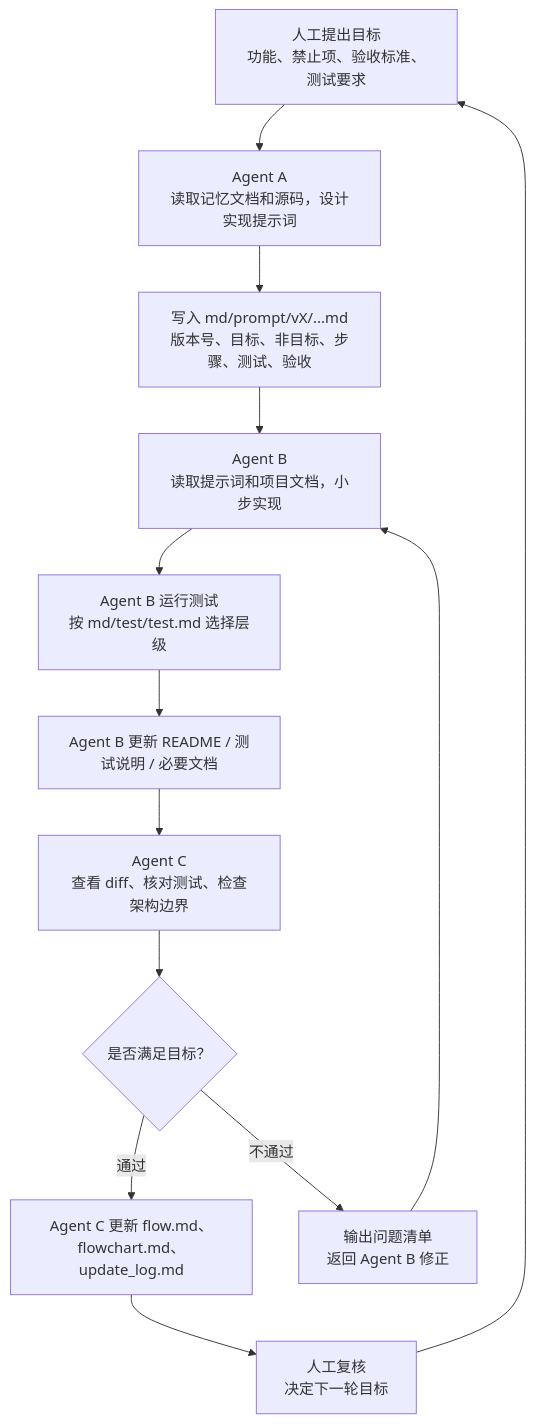
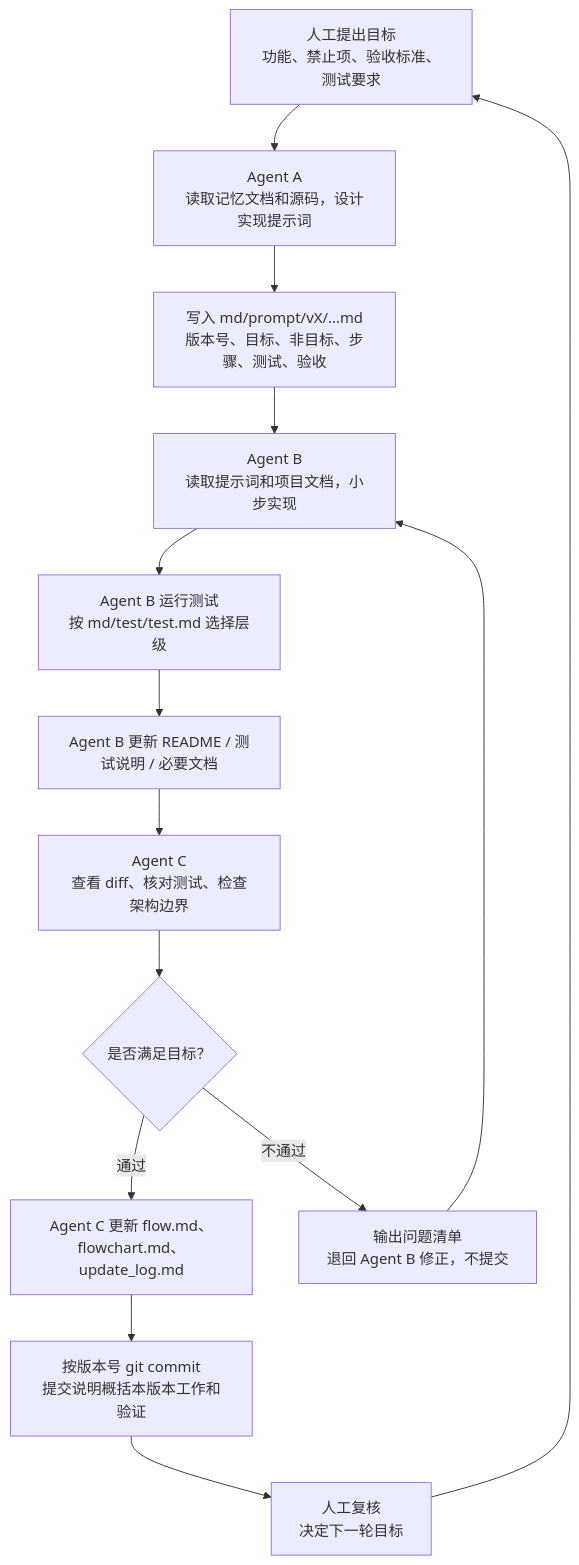
The fourth of 5 diagrams in md/flow/flowchart.md (Altman-sam114/119), drawn with Mermaid before and after one commit. The commit also changed other lines of this file and 6 other files, not shown here.

````diff
--- a/md/flow/flowchart.md
+++ b/md/flow/flowchart.md
@@ -64,15 +64,16 @@
 ```mermaid
 flowchart TD
     A["人工提出目标<br/>功能、禁止项、验收标准、测试要求"] --> B["Agent A<br/>读取记忆文档和源码，设计实现提示词"]
     B --> C["写入 md/prompt/vX/...md<br/>版本号、目标、非目标、步骤、测试、验收"]
     C --> D["Agent B<br/>读取提示词和项目文档，小步实现"]
     D --> E["Agent B 运行测试<br/>按 md/test/test.md 选择层级"]
     E --> F["Agent B 更新 README / 测试说明 / 必要文档"]
     F --> G["Agent C<br/>查看 diff、核对测试、检查架构边界"]
     G --> H{"是否满足目标？"}
     H -->|通过| I["Agent C 更新 flow.md、flowchart.md、update_log.md"]
-    H -->|不通过| J["输出问题清单<br/>返回 Agent B 修正"]
-    I --> K["人工复核<br/>决定下一轮目标"]
+    I --> L["按版本号 git commit<br/>提交说明概括本版本工作和验证"]
+    H -->|不通过| J["输出问题清单<br/>退回 Agent B 修正，不提交"]
+    L --> K["人工复核<br/>决定下一轮目标"]
     J --> D
     K --> A
 ```
````
